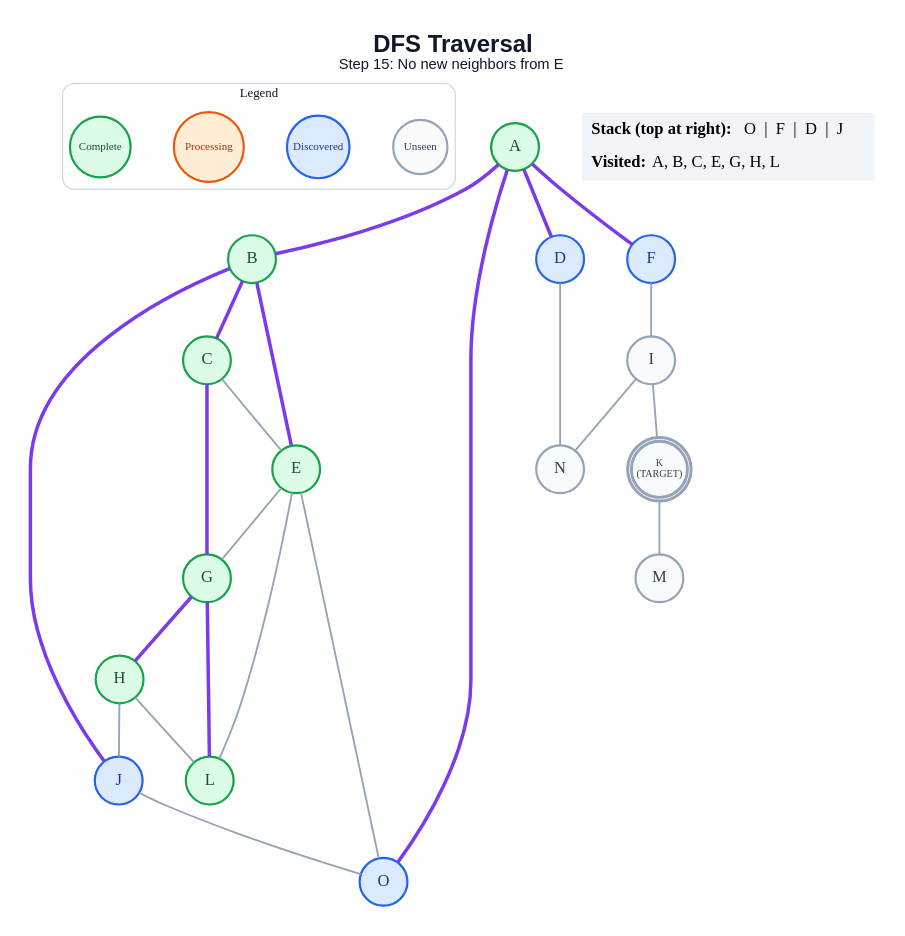
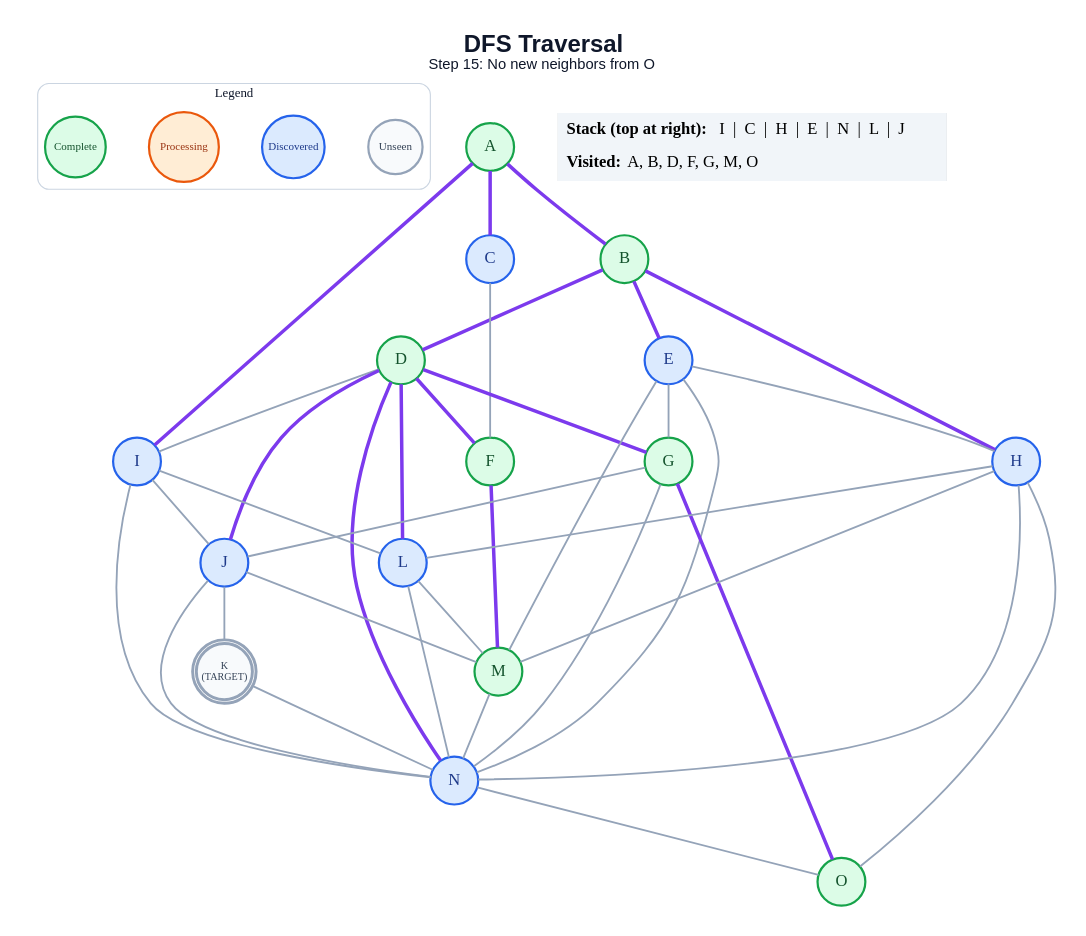
One commit to anon7238593-create/ai-slop changed the diagram in generated/dfs/step_15.dot. Above: the diagram before and after it, drawn with Graphviz. The commit also changed 337 other files, not shown here.

```diff
--- a/generated/dfs/step_15.dot
+++ b/generated/dfs/step_15.dot
@@ -1,56 +1,70 @@
 graph traversal {
   graph [layout=dot, rankdir=TB, bgcolor="#FFFFFF", pad="0.35", nodesep="0.65", ranksep="0.8", fontname="Arial"];
   node [shape=circle, style="filled", fontname="Arial Bold", fontsize=18, width=0.72, fixedsize=true, penwidth=2.4];
   edge [color="#94A3B8", penwidth=2.0];
-  label=<<B>DFS Traversal</B><BR/><FONT POINT-SIZE="16">Step 15: No new neighbors from E</FONT>>; labelloc="t"; fontsize=26; fontname="Arial"; fontcolor="#0F172A";
+  label=<<B>DFS Traversal</B><BR/><FONT POINT-SIZE="16">Step 15: No new neighbors from O</FONT>>; labelloc="t"; fontsize=26; fontname="Arial"; fontcolor="#0F172A";
   subgraph cluster_legend { label="Legend"; color="#CBD5E1"; penwidth=1.2; style="rounded"; fontsize=14; fontname="Arial Bold";
     key_unseen [label="Unseen", fillcolor="#F8FAFC", color="#94A3B8", fontcolor="#334155", fontsize=12, width=0.82];
     key_frontier [label="Discovered", fillcolor="#DBEAFE", color="#2563EB", fontcolor="#1E3A8A", fontsize=12, width=0.95];
     key_current [label="Processing", fillcolor="#FFEDD5", color="#EA580C", fontcolor="#9A3412", fontsize=12, width=1.05];
     key_done [label="Complete", fillcolor="#DCFCE7", color="#16A34A", fontcolor="#14532D", fontsize=12, width=0.92];
     { rank=same; key_unseen; key_frontier; key_current; key_done; }
   }
   A [label="A", fillcolor="#DCFCE7", color="#16A34A", fontcolor="#14532D", peripheries=1, penwidth=2.4];
   B [label="B", fillcolor="#DCFCE7", color="#16A34A", fontcolor="#14532D", peripheries=1, penwidth=2.4];
-  C [label="C", fillcolor="#DCFCE7", color="#16A34A", fontcolor="#14532D", peripheries=1, penwidth=2.4];
-  D [label="D", fillcolor="#DBEAFE", color="#2563EB", fontcolor="#1E3A8A", peripheries=1, penwidth=2.4];
-  E [label="E", fillcolor="#DCFCE7", color="#16A34A", fontcolor="#14532D", peripheries=1, penwidth=2.4];
-  F [label="F", fillcolor="#DBEAFE", color="#2563EB", fontcolor="#1E3A8A", peripheries=1, penwidth=2.4];
+  C [label="C", fillcolor="#DBEAFE", color="#2563EB", fontcolor="#1E3A8A", peripheries=1, penwidth=2.4];
+  D [label="D", fillcolor="#DCFCE7", color="#16A34A", fontcolor="#14532D", peripheries=1, penwidth=2.4];
+  E [label="E", fillcolor="#DBEAFE", color="#2563EB", fontcolor="#1E3A8A", peripheries=1, penwidth=2.4];
+  F [label="F", fillcolor="#DCFCE7", color="#16A34A", fontcolor="#14532D", peripheries=1, penwidth=2.4];
   G [label="G", fillcolor="#DCFCE7", color="#16A34A", fontcolor="#14532D", peripheries=1, penwidth=2.4];
-  H [label="H", fillcolor="#DCFCE7", color="#16A34A", fontcolor="#14532D", peripheries=1, penwidth=2.4];
-  I [label="I", fillcolor="#F8FAFC", color="#94A3B8", fontcolor="#334155", peripheries=1, penwidth=2.4];
+  H [label="H", fillcolor="#DBEAFE", color="#2563EB", fontcolor="#1E3A8A", peripheries=1, penwidth=2.4];
+  I [label="I", fillcolor="#DBEAFE", color="#2563EB", fontcolor="#1E3A8A", peripheries=1, penwidth=2.4];
   J [label="J", fillcolor="#DBEAFE", color="#2563EB", fontcolor="#1E3A8A", peripheries=1, penwidth=2.4];
   K [label="K\n(TARGET)", fillcolor="#F8FAFC", color="#94A3B8", fontcolor="#334155", peripheries=2, penwidth=3.2, fontsize=11, width=0.85, height=0.85];
-  L [label="L", fillcolor="#DCFCE7", color="#16A34A", fontcolor="#14532D", peripheries=1, penwidth=2.4];
-  M [label="M", fillcolor="#F8FAFC", color="#94A3B8", fontcolor="#334155", peripheries=1, penwidth=2.4];
-  N [label="N", fillcolor="#F8FAFC", color="#94A3B8", fontcolor="#334155", peripheries=1, penwidth=2.4];
-  O [label="O", fillcolor="#DBEAFE", color="#2563EB", fontcolor="#1E3A8A", peripheries=1, penwidth=2.4];
+  L [label="L", fillcolor="#DBEAFE", color="#2563EB", fontcolor="#1E3A8A", peripheries=1, penwidth=2.4];
+  M [label="M", fillcolor="#DCFCE7", color="#16A34A", fontcolor="#14532D", peripheries=1, penwidth=2.4];
+  N [label="N", fillcolor="#DBEAFE", color="#2563EB", fontcolor="#1E3A8A", peripheries=1, penwidth=2.4];
+  O [label="O", fillcolor="#DCFCE7", color="#16A34A", fontcolor="#14532D", peripheries=1, penwidth=2.4];
   A -- B [color="#7C3AED", penwidth=3.8];
-  A -- D [color="#7C3AED", penwidth=3.8];
-  A -- F [color="#7C3AED", penwidth=3.8];
-  A -- O [color="#7C3AED", penwidth=3.8];
-  B -- C [color="#7C3AED", penwidth=3.8];
+  A -- C [color="#7C3AED", penwidth=3.8];
+  A -- I [color="#7C3AED", penwidth=3.8];
+  B -- D [color="#7C3AED", penwidth=3.8];
   B -- E [color="#7C3AED", penwidth=3.8];
-  B -- J [color="#7C3AED", penwidth=3.8];
-  C -- E;
-  C -- G [color="#7C3AED", penwidth=3.8];
-  D -- N;
+  B -- H [color="#7C3AED", penwidth=3.8];
+  C -- F;
+  D -- F [color="#7C3AED", penwidth=3.8];
+  D -- G [color="#7C3AED", penwidth=3.8];
+  D -- I;
+  D -- J [color="#7C3AED", penwidth=3.8];
+  D -- L [color="#7C3AED", penwidth=3.8];
+  D -- N [color="#7C3AED", penwidth=3.8];
   E -- G;
-  E -- L;
-  E -- O;
-  F -- I;
-  G -- H [color="#7C3AED", penwidth=3.8];
-  G -- L [color="#7C3AED", penwidth=3.8];
-  H -- J;
+  E -- H;
+  E -- M;
+  E -- N;
+  F -- M [color="#7C3AED", penwidth=3.8];
+  G -- J;
+  G -- N;
+  G -- O [color="#7C3AED", penwidth=3.8];
   H -- L;
-  I -- K;
+  H -- M;
+  H -- N;
+  H -- O;
+  I -- J;
+  I -- L;
   I -- N;
-  J -- O;
-  K -- M;
+  J -- K;
+  J -- M;
+  J -- N;
+  K -- N;
+  L -- M;
+  L -- N;
+  M -- N;
+  N -- O;
   status [shape=plain, fixedsize=false, width=0, height=0, margin=0, label=<
     <TABLE BORDER="0" CELLBORDER="0" CELLPADDING="7" BGCOLOR="#F1F5F9">
-      <TR><TD ALIGN="LEFT"><B>Stack (top at right):</B> O  |  F  |  D  |  J</TD></TR>
-      <TR><TD ALIGN="LEFT"><B>Visited:</B> A, B, C, E, G, H, L</TD></TR>
+      <TR><TD ALIGN="LEFT"><B>Stack (top at right):</B> I  |  C  |  H  |  E  |  N  |  L  |  J</TD></TR>
+      <TR><TD ALIGN="LEFT"><B>Visited:</B> A, B, D, F, G, M, O</TD></TR>
     </TABLE>
   >];
 }
```
